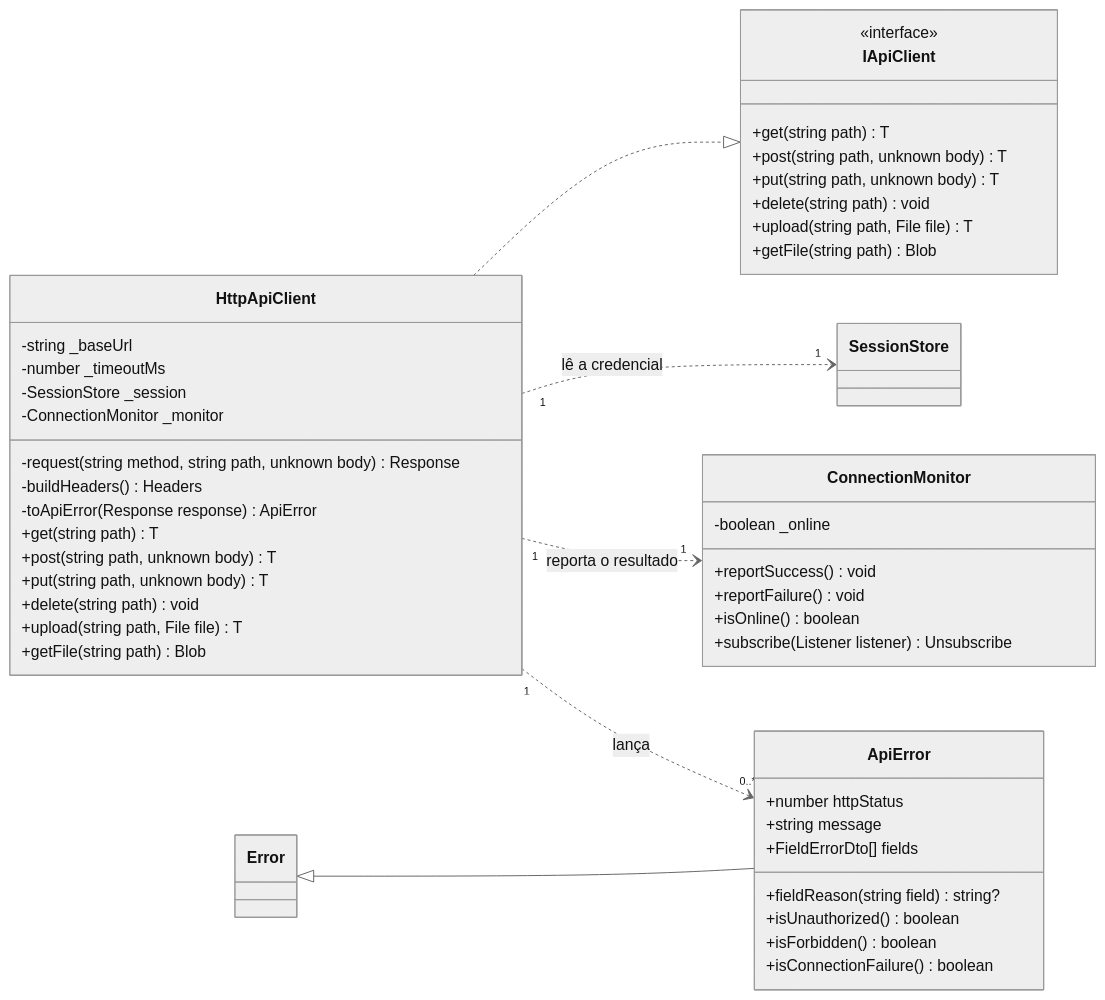
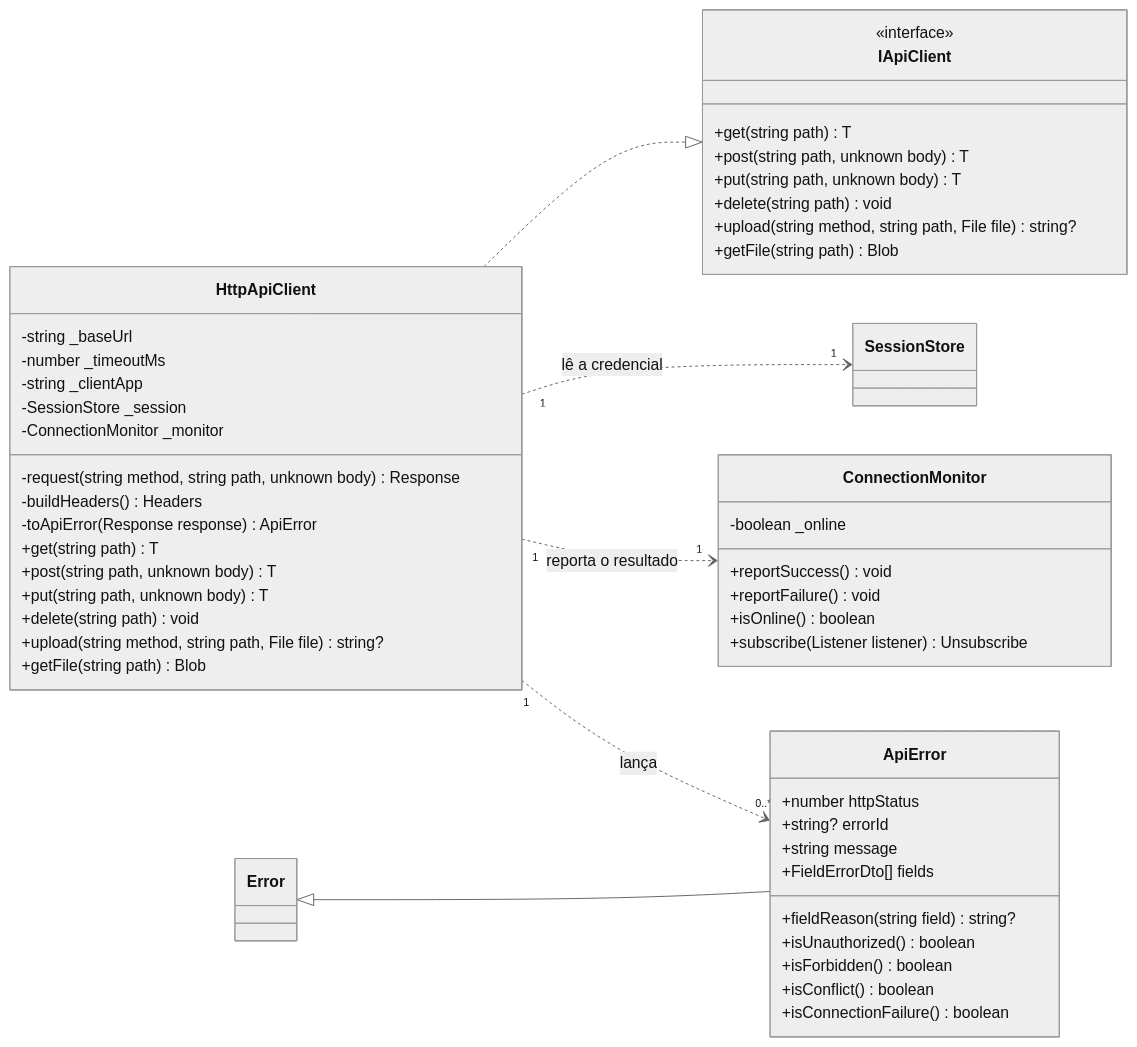
Before and after one commit to katch-lds/katch-docs: the sixth of 19 diagrams in 04-artefactos-tecnicos/04.07-modelos-de-classes/m2-modelo-classes-frontend-web-v01.md, drawn with Mermaid (neutral theme). The commit also changed other lines of this file, not shown here.

````diff
--- a/04-artefactos-tecnicos/04.07-modelos-de-classes/m2-modelo-classes-frontend-web-v01.md
+++ b/04-artefactos-tecnicos/04.07-modelos-de-classes/m2-modelo-classes-frontend-web-v01.md
@@ -494,51 +496,54 @@
 ```mermaid
 classDiagram
     direction LR
     class IApiClient {
         <<interface>>
         +get(string path) T
         +post(string path, unknown body) T
         +put(string path, unknown body) T
         +delete(string path) void
-        +upload(string path, File file) T
+        +upload(string method, string path, File file) string?
         +getFile(string path) Blob
     }
     class HttpApiClient {
         -string _baseUrl
         -number _timeoutMs
+        -string _clientApp
         -SessionStore _session
         -ConnectionMonitor _monitor
         -request(string method, string path, unknown body) Response
         -buildHeaders() Headers
         -toApiError(Response response) ApiError
         +get(string path) T
         +post(string path, unknown body) T
         +put(string path, unknown body) T
         +delete(string path) void
-        +upload(string path, File file) T
+        +upload(string method, string path, File file) string?
         +getFile(string path) Blob
     }
     class Error
     class ApiError {
         +number httpStatus
+        +string? errorId
         +string message
         +FieldErrorDto[] fields
         +fieldReason(string field) string?
         +isUnauthorized() boolean
         +isForbidden() boolean
+        +isConflict() boolean
         +isConnectionFailure() boolean
     }
     class ConnectionMonitor {
         -boolean _online
         +reportSuccess() void
         +reportFailure() void
         +isOnline() boolean
         +subscribe(Listener listener) Unsubscribe
     }
     class SessionStore
     Error <|-- ApiError
     HttpApiClient ..|> IApiClient
     HttpApiClient "1" ..> "1" SessionStore : lê a credencial
     HttpApiClient "1" ..> "1" ConnectionMonitor : reporta o resultado
     HttpApiClient "1" ..> "0..*" ApiError : lança
 ```
````
